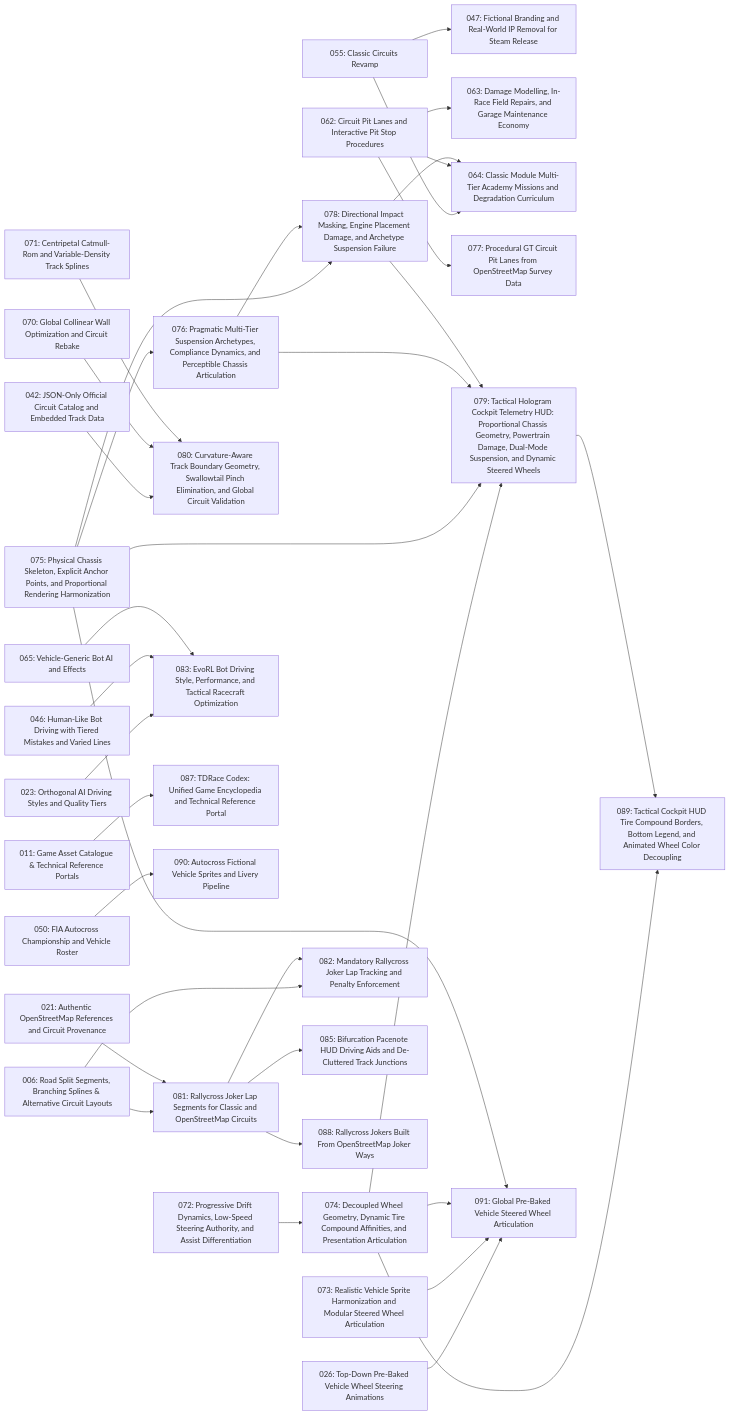
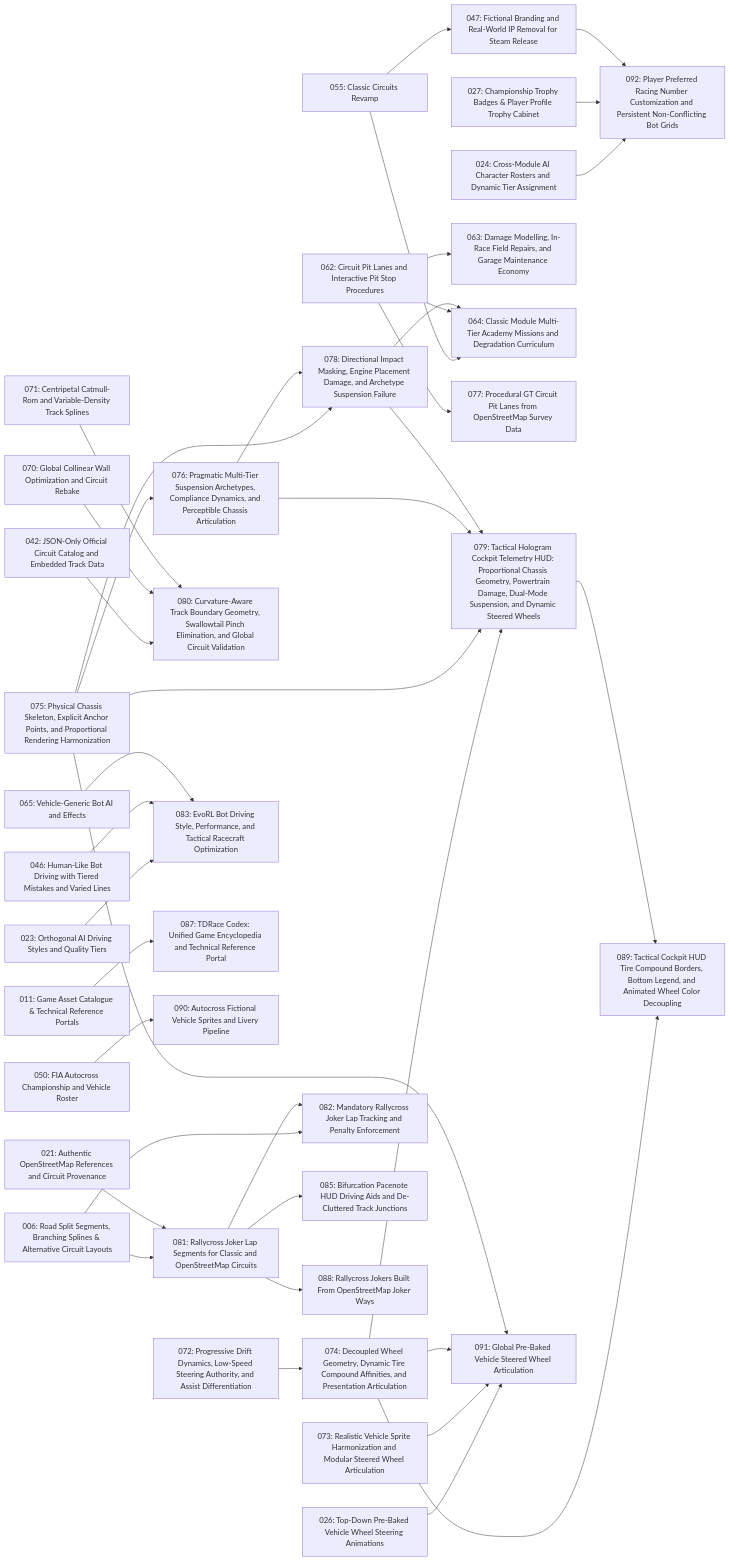
One commit to magomar/tdrace changed the diagram in specs/index.md. Above: the diagram before and after it, drawn with Mermaid. The commit also changed other lines of this file and 3 other files, not shown here.

Commit message:
feat(spec): add specs 091 and 092 for steered wheels and player number customization

````diff
--- a/specs/index.md
+++ b/specs/index.md
@@ -117,71 +118,77 @@
 ```mermaid
 flowchart LR
     006["006: Road Split Segments, Branching Splines & Alternative Circuit Layouts"]
     011["011: Game Asset Catalogue & Technical Reference Portals"]
     021["021: Authentic OpenStreetMap References and Circuit Provenance"]
     023["023: Orthogonal AI Driving Styles and Quality Tiers"]
+    024["024: Cross-Module AI Character Rosters and Dynamic Tier Assignment"]
     026["026: Top-Down Pre-Baked Vehicle Wheel Steering Animations"]
+    027["027: Championship Trophy Badges & Player Profile Trophy Cabinet"]
     042["042: JSON-Only Official Circuit Catalog and Embedded Track Data"]
     046["046: Human-Like Bot Driving with Tiered Mistakes and Varied Lines"]
     047["047: Fictional Branding and Real-World IP Removal for Steam Release"]
     050["050: FIA Autocross Championship and Vehicle Roster"]
     055["055: Classic Circuits Revamp"]
     062["062: Circuit Pit Lanes and Interactive Pit Stop Procedures"]
     063["063: Damage Modelling, In-Race Field Repairs, and Garage Maintenance Economy"]
     064["064: Classic Module Multi-Tier Academy Missions and Degradation Curriculum"]
     065["065: Vehicle-Generic Bot AI and Effects"]
     070["070: Global Collinear Wall Optimization and Circuit Rebake"]
     071["071: Centripetal Catmull-Rom and Variable-Density Track Splines"]
     072["072: Progressive Drift Dynamics, Low-Speed Steering Authority, and Assist Differentiation"]
     073["073: Realistic Vehicle Sprite Harmonization and Modular Steered Wheel Articulation"]
     074["074: Decoupled Wheel Geometry, Dynamic Tire Compound Affinities, and Presentation Articulation"]
     075["075: Physical Chassis Skeleton, Explicit Anchor Points, and Proportional Rendering Harmonization"]
     076["076: Pragmatic Multi-Tier Suspension Archetypes, Compliance Dynamics, and Perceptible Chassis Articulation"]
     077["077: Procedural GT Circuit Pit Lanes from OpenStreetMap Survey Data"]
     078["078: Directional Impact Masking, Engine Placement Damage, and Archetype Suspension Failure"]
     079["079: Tactical Hologram Cockpit Telemetry HUD: Proportional Chassis Geometry, Powertrain Damage, Dual-Mode Suspension, and Dynamic Steered Wheels"]
     080["080: Curvature-Aware Track Boundary Geometry, Swallowtail Pinch Elimination, and Global Circuit Validation"]
     081["081: Rallycross Joker Lap Segments for Classic and OpenStreetMap Circuits"]
     082["082: Mandatory Rallycross Joker Lap Tracking and Penalty Enforcement"]
     083["083: EvoRL Bot Driving Style, Performance, and Tactical Racecraft Optimization"]
     085["085: Bifurcation Pacenote HUD Driving Aids and De-Cluttered Track Junctions"]
     087["087: TDRace Codex: Unified Game Encyclopedia and Technical Reference Portal"]
     088["088: Rallycross Jokers Built From OpenStreetMap Joker Ways"]
     089["089: Tactical Cockpit HUD Tire Compound Borders, Bottom Legend, and Animated Wheel Color Decoupling"]
     090["090: Autocross Fictional Vehicle Sprites and Livery Pipeline"]
     091["091: Global Pre-Baked Vehicle Steered Wheel Articulation"]
+    092["092: Player Preferred Racing Number Customization and Persistent Non-Conflicting Bot Grids"]
     055 --> 047
     062 --> 063
     055 --> 064
     062 --> 064
     078 --> 064
     072 --> 074
     075 --> 076
     062 --> 077
     075 --> 078
     076 --> 078
     074 --> 079
     075 --> 079
     076 --> 079
     078 --> 079
     042 --> 080
     070 --> 080
     071 --> 080
     006 --> 081
     021 --> 081
     006 --> 082
     081 --> 082
     023 --> 083
     046 --> 083
     065 --> 083
     081 --> 085
     011 --> 087
     081 --> 088
     074 --> 089
     079 --> 089
     050 --> 090
     026 --> 091
     073 --> 091
     074 --> 091
     075 --> 091
+    024 --> 092
+    027 --> 092
+    047 --> 092
 ```
````
